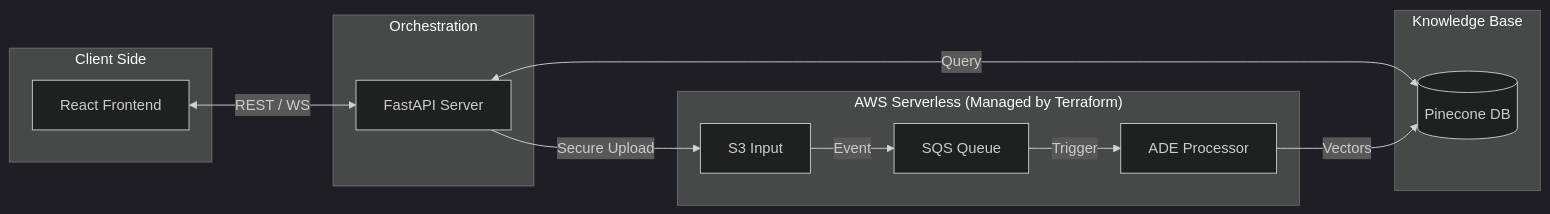
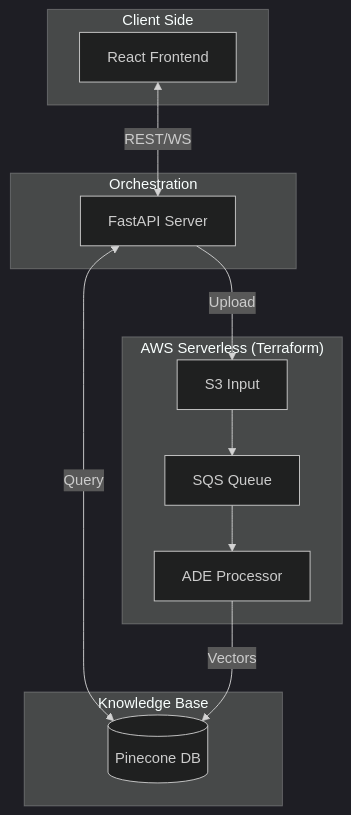
One commit to Khadka-Bishal/DeepRecall changed the first of 4 diagrams in README.md. Above: the diagram before and after it, drawn with Mermaid (dark theme). The commit also changed other lines of this file, not shown here.

Commit message:
docs: finalize vertical layout for all architecture diagrams

````diff
--- a/README.md
+++ b/README.md
@@ -17,25 +17,23 @@
 ```mermaid
-graph LR
+graph TD
     subgraph Client ["Client Side"]
         UI[React Frontend]
     end
 
     subgraph Backend ["Orchestration"]
         API[FastAPI Server]
     end
 
-    subgraph AWS ["AWS Serverless (Managed by Terraform)"]
-        S3[S3 Input] -->|Event| SQS[SQS Queue]
-        SQS -->|Trigger| Lambda[ADE Processor]
+    subgraph AWS ["AWS Serverless (Terraform)"]
+        S3[S3 Input] --> SQS[SQS Queue] --> Lambda[ADE Processor]
     end
 
     subgraph KB ["Knowledge Base"]
         Pinecone[(Pinecone DB)]
     end
 
-    %% Flows
-    UI <-->|REST / WS| API
+    UI <-->|REST/WS| API
     API <-->|Query| Pinecone
-    API -->|Secure Upload| S3
+    API -->|Upload| S3
     Lambda -->|Vectors| Pinecone
 ```
````
